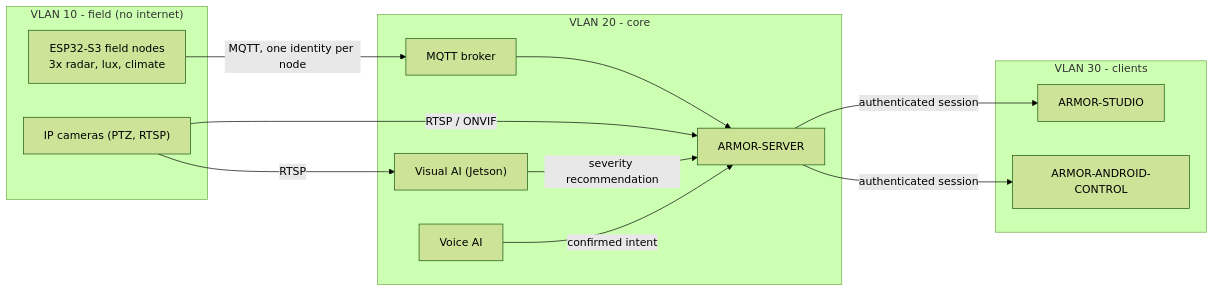
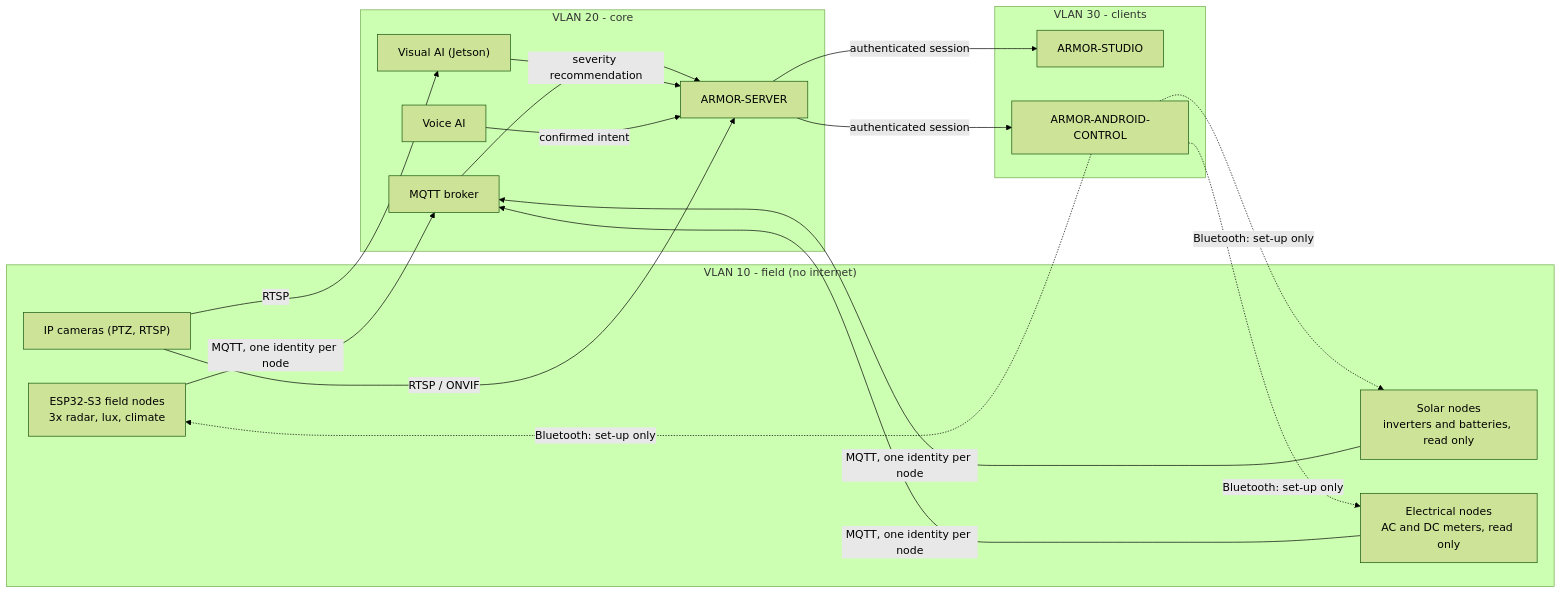
One commit to JuanenRac/ARMOR-DOCS changed the diagram in docs/ARCHITECTURE.md. Above: the diagram before and after it, drawn with Mermaid (forest theme). The commit also changed other lines of this file and 15 other files, not shown here.

````diff
--- a/docs/ARCHITECTURE.md
+++ b/docs/ARCHITECTURE.md
@@ -3,25 +3,32 @@
 ```mermaid
 flowchart LR
   subgraph field["VLAN 10 - field (no internet)"]
     N["ESP32-S3 field nodes<br/>3x radar, lux, climate"]
+    SN["Solar nodes<br/>inverters and batteries, read only"]
+    EN["Electrical nodes<br/>AC and DC meters, read only"]
     C["IP cameras (PTZ, RTSP)"]
   end
   subgraph core["VLAN 20 - core"]
     B["MQTT broker"]
     S["ARMOR-SERVER"]
     V["Visual AI (Jetson)"]
     P["Voice AI"]
   end
   subgraph clients["VLAN 30 - clients"]
     W["ARMOR-STUDIO"]
     A["ARMOR-ANDROID-CONTROL"]
   end
   N -->|"MQTT, one identity per node"| B
+  SN -->|"MQTT, one identity per node"| B
+  EN -->|"MQTT, one identity per node"| B
   B --> S
   C -->|"RTSP / ONVIF"| S
   C -->|"RTSP"| V
   V -->|"severity recommendation"| S
   P -->|"confirmed intent"| S
   S -->|"authenticated session"| W
   S -->|"authenticated session"| A
+  A -.->|"Bluetooth: set-up only"| N
+  A -.->|"Bluetooth: set-up only"| SN
+  A -.->|"Bluetooth: set-up only"| EN
 ```
````
